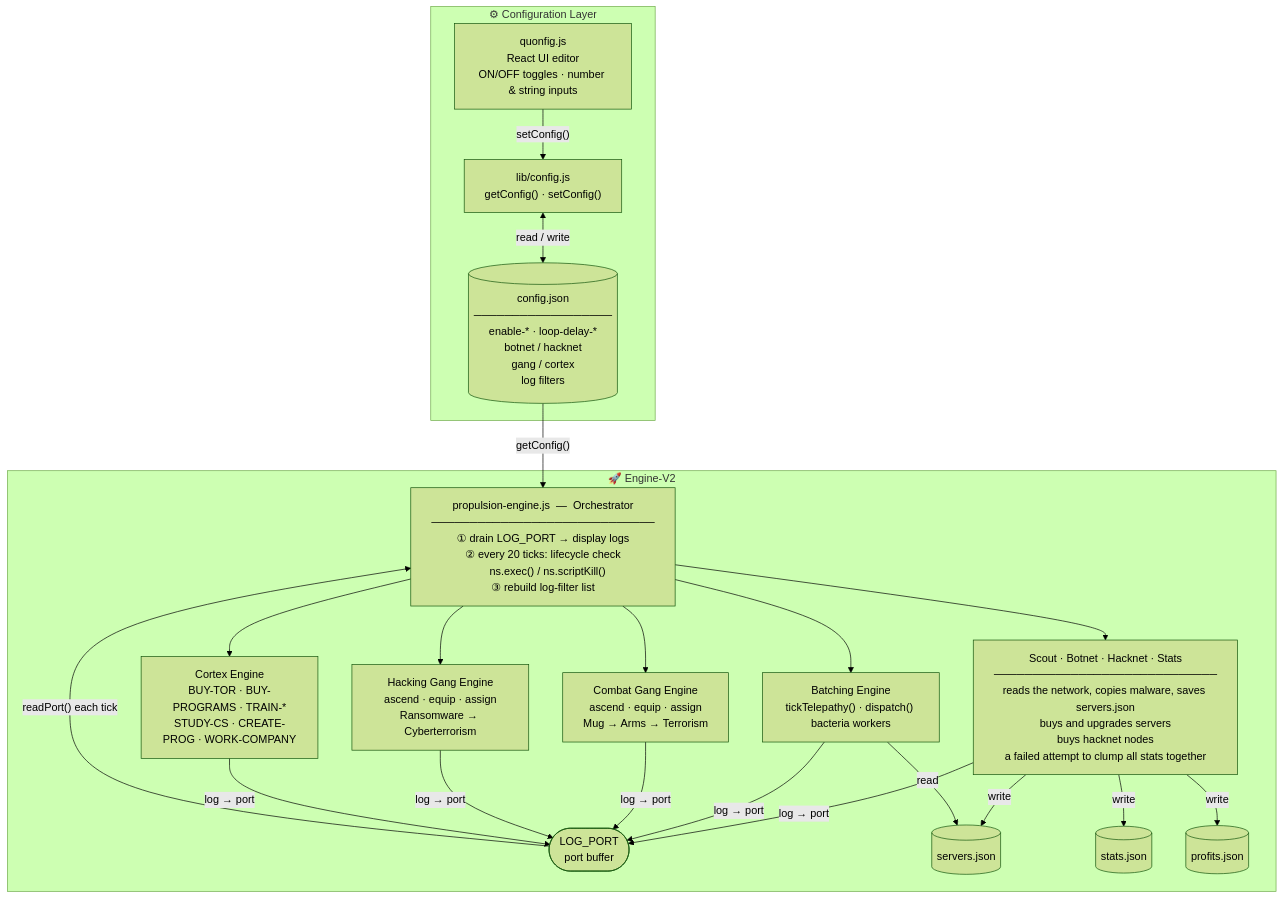
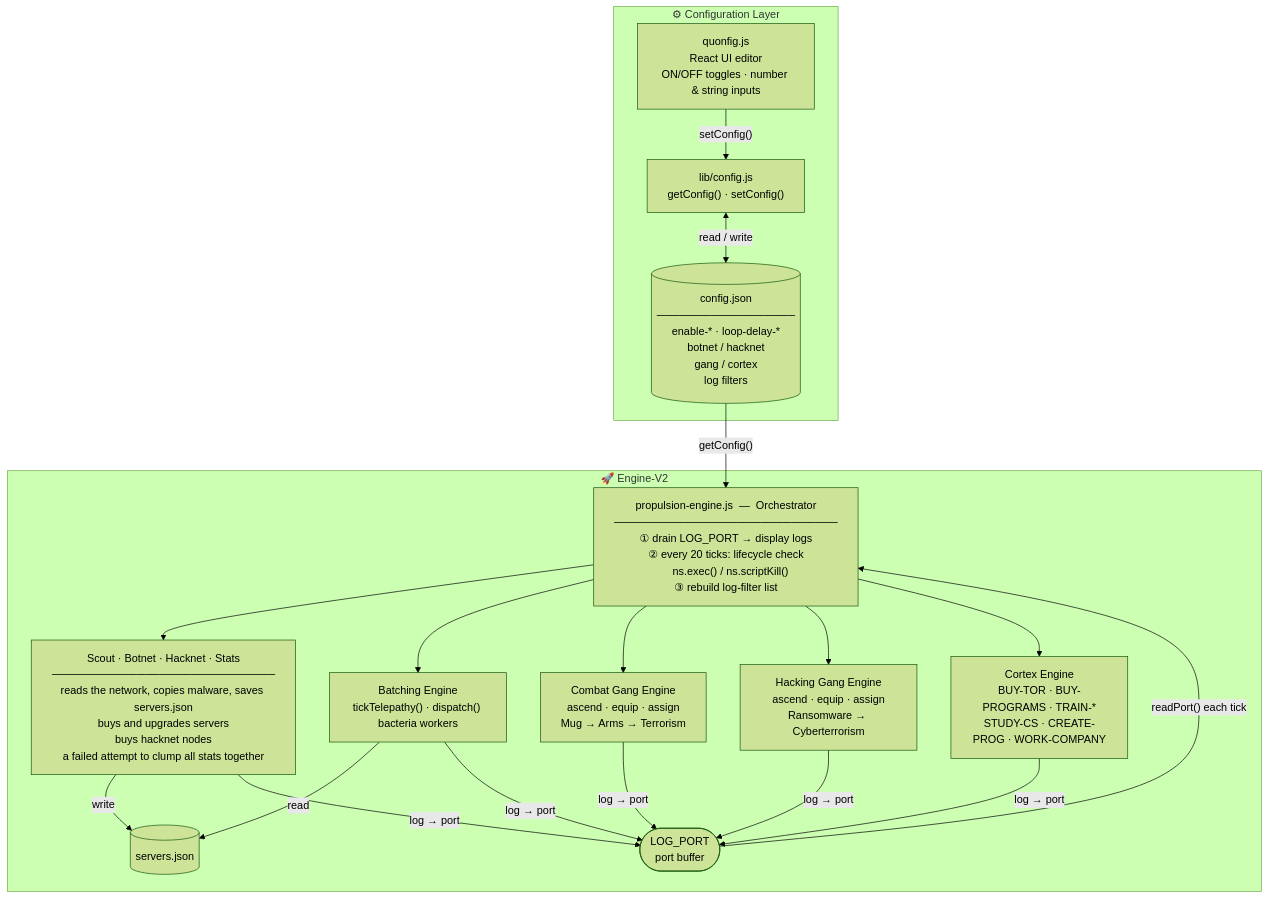
The diagram in architecture.md (iosifv/bitburner), drawn with Mermaid (forest theme) before and after one commit. The commit also changed 16 other files, not shown here.

````diff
--- a/architecture.md
+++ b/architecture.md
@@ -3,40 +3,37 @@
 ```mermaid
 graph TD
 
     subgraph CFG ["⚙ Configuration Layer"]
         CJ[("config.json<br/>──────────────────<br/>enable-* · loop-delay-*<br/>botnet / hacknet<br/>gang / cortex<br/>log filters")]
         QF["quonfig.js<br/>React UI editor<br/>ON/OFF toggles · number & string inputs"]
         LC["lib/config.js<br/>getConfig() · setConfig()"]
         QF -->|"setConfig()"| LC
         LC <-->|"read / write"| CJ
     end
 
     subgraph ENGINES ["🚀 Engine-V2"]
         PE["propulsion-engine.js  —  Orchestrator<br/>─────────────────────────────<br/>① drain LOG_PORT → display logs<br/>② every 20 ticks: lifecycle check<br/>   ns.exec() / ns.scriptKill()<br/>③ rebuild log-filter list"]
         LP(["LOG_PORT<br/>port buffer"])
         LP -->|"readPort() each tick"| PE
 
         UTIL["Scout · Botnet · Hacknet · Stats<br/>─────────────────────────────<br/>reads the network, copies malware, saves servers.json<br/>buys and upgrades servers<br/>buys hacknet nodes<br/>a failed attempt to clump all stats together"]
         BA["Batching Engine<br/>tickTelepathy() · dispatch() bacteria workers"]
         CG["Combat Gang Engine<br/>ascend · equip · assign<br/>Mug → Arms → Terrorism"]
         HG["Hacking Gang Engine<br/>ascend · equip · assign<br/>Ransomware → Cyberterrorism"]
         CO["Cortex Engine<br/>BUY-TOR · BUY-PROGRAMS · TRAIN-*<br/>STUDY-CS · CREATE-PROG · WORK-COMPANY"]
 
         SJ[("servers.json")]
-        STJ[("stats.json")]
-        PJ[("profits.json")]
 
         UTIL -->|"write"| SJ
         BA -->|"read"| SJ
-        UTIL -->|"write"| STJ & PJ
     end
 
     CJ -->|"getConfig()"| PE
     PE --> UTIL & BA & CG & HG & CO
 
     UTIL -->|"log → port"| LP
     BA -->|"log → port"| LP
     CG -->|"log → port"| LP
     HG -->|"log → port"| LP
     CO -->|"log → port"| LP
 ```
````
